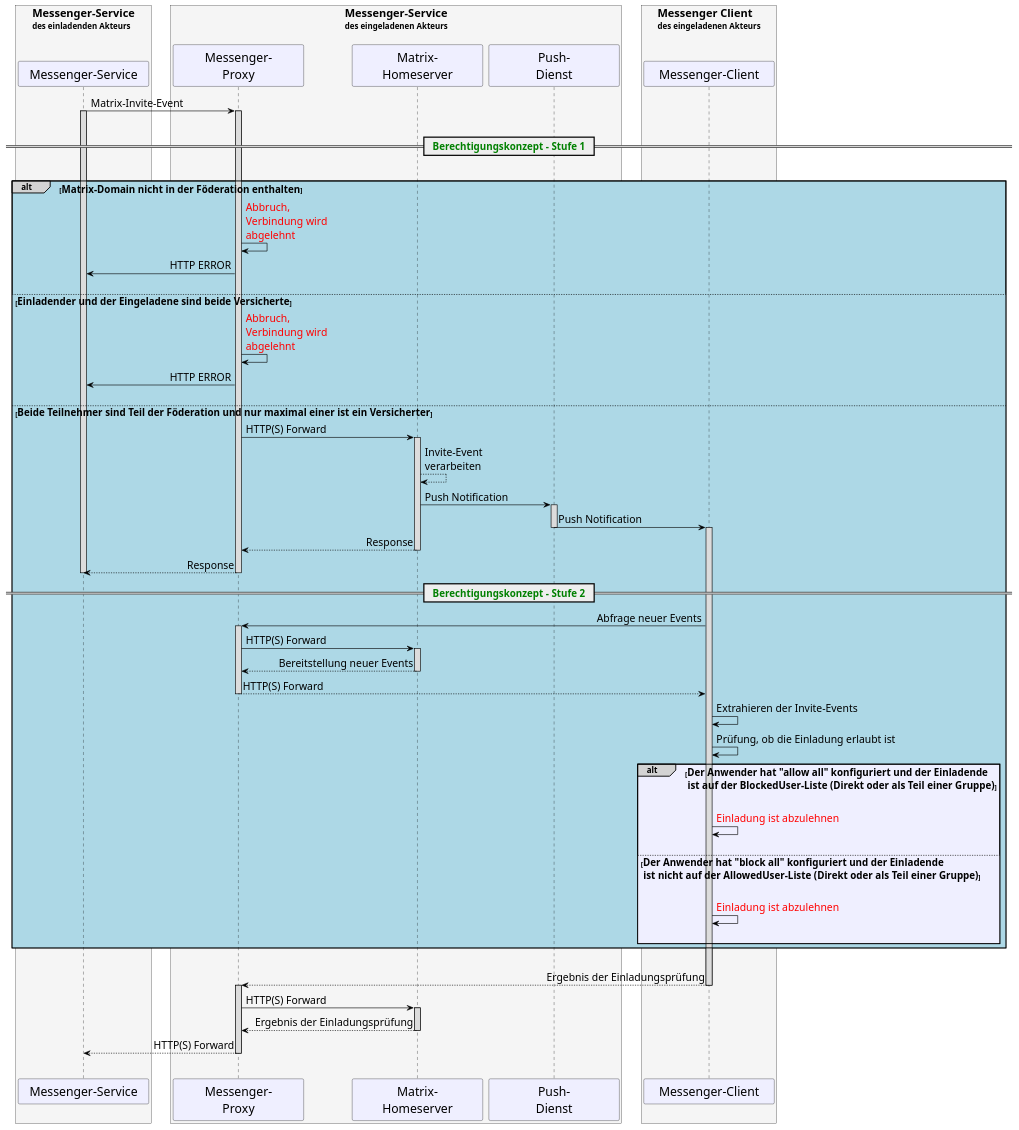
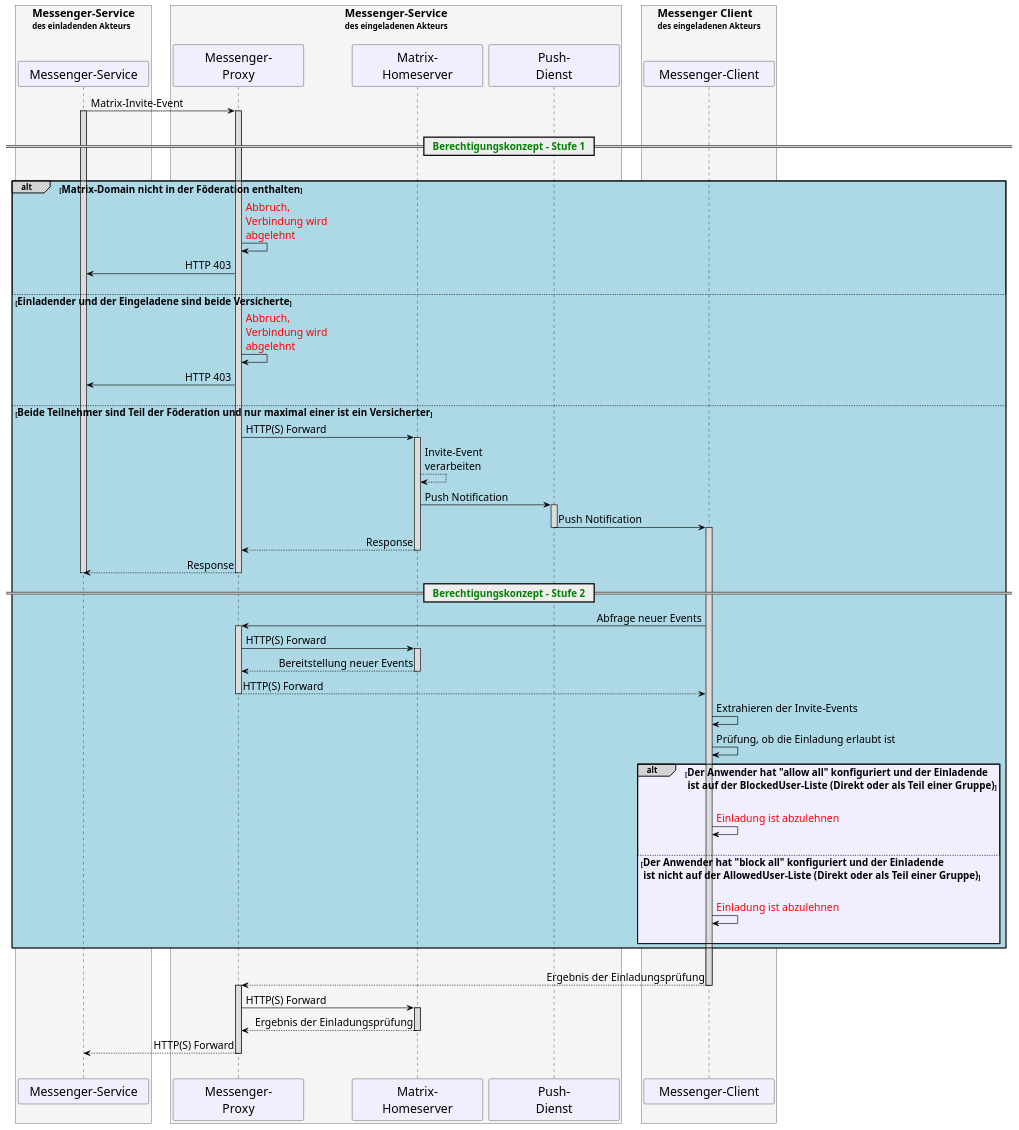
Before and after one commit to gematik/api-ti-messenger: the diagram in src/plantuml/TI-M_ePA/UC_Approvel_List_Seq_fdv.puml, drawn with PlantUML. The commit also changed 1 other file, not shown here.

```diff
--- a/src/plantuml/TI-M_ePA/UC_Approvel_List_Seq_fdv.puml
+++ b/src/plantuml/TI-M_ePA/UC_Approvel_List_Seq_fdv.puml
@@ -8,102 +8,102 @@
 @startuml
 skinparam sequenceMessageAlign direction
 skinparam minClassWidth 200
 skinparam BoxPadding 15
 skinparam sequenceReferenceHeaderBackgroundColor palegreen
 scale max 2048 width
 
 skinparam sequence {
   ArrowColor black
   ArrowFontSize 17
   ActorBorderColor black
   LifeLineBorderColor black
   LifeLineBackgroundColor Gainsboro
 
   ParticipantBorderColor Motivation
   ParticipantBackgroundColor Motivation
   ParticipantFontSize 20
   ParticipantFontColor black
   ParticipantBorderColor Black
   ParticipantBackgroundColor MOTIVATION
 
   ActorBackgroundColor Gainsboro
   ActorFontColor black
   ActorFontSize 20
   ActorFontName Aapex
 }
 box <size:18>Messenger-Service\ndes einladenden Akteurs\n #WhiteSmoke
 participant MS as "Messenger-Service"
 end box
 box <size:18>Messenger-Service\ndes eingeladenen Akteurs\n #WhiteSmoke
 participant MP2 as "Messenger-\nProxy"
 participant MH2 as "Matrix-\nHomeserver"
 participant PG as "Push-\nDienst"
 end box
 box <size:18>Messenger Client\ndes eingeladenen Akteurs\n #WhiteSmoke
 participant MC2 as "Messenger-Client"
 end box
 MS->MP2:Matrix-Invite-Event
 activate MP2
 activate MS
 |||
 == <font color=green><size:16>  Berechtigungskonzept - Stufe 1</size></font>  ==
 |||
 alt#LightGrey #LightBlue <size:16>Matrix-Domain nicht in der Föderation enthalten</size>
   MP2->MP2:<font color=red>Abbruch, \n<font color=red>Verbindung wird \n<font color=red>abgelehnt</font>
-  MP2->MS: HTTP ERROR
+  MP2->MS: HTTP 403
   |||
 
 else  <size:16>Einladender und der Eingeladene sind beide Versicherte</size>
   MP2->MP2:<font color=red>Abbruch, \n<font color=red>Verbindung wird \n<font color=red>abgelehnt</font>
-  MP2->MS: HTTP ERROR
+  MP2->MS: HTTP 403
   |||
 
 else  <size:16>Beide Teilnehmer sind Teil der Föderation und nur maximal einer ist ein Versicherter</size>
   MP2->MH2: HTTP(S) Forward
   activate MH2
   MH2-->MH2: Invite-Event \nverarbeiten
   MH2->PG++: Push Notification
   PG->MC2--: Push Notification
   activate MC2
   MH2-->MP2: Response
   deactivate MH2
   MP2-->MS: Response
   deactivate MP2
   deactivate MS
 
 == <font color=green><size:16>  Berechtigungskonzept - Stufe 2</size></font>  ==
   MC2->MP2: Abfrage neuer Events
   activate MP2
   MP2->MH2: HTTP(S) Forward
   activate MH2
   MH2-->MP2: Bereitstellung neuer Events
   deactivate MH2
   MP2-->MC2: HTTP(S) Forward
   deactivate MP2
 
   MC2->MC2: Extrahieren der Invite-Events
   MC2->MC2: Prüfung, ob die Einladung erlaubt ist
 
   alt#LightGrey #MOTIVATION <size:16>Der Anwender hat "allow all" konfiguriert und der Einladende\n<size:16> ist auf der BlockedUser-Liste (Direkt oder als Teil einer Gruppe)</size>
     |||
     MC2->MC2:<font color=red>Einladung ist abzulehnen</font>
     |||
   else <size:16>Der Anwender hat "block all" konfiguriert und der Einladende\n<size:16> ist nicht auf der AllowedUser-Liste (Direkt oder als Teil einer Gruppe)</size>
     |||
     MC2->MC2:<font color=red>Einladung ist abzulehnen</font>
     |||
   end
 end
 
 |||
 MC2-->MP2: Ergebnis der Einladungsprüfung
 deactivate MC2
 activate MP2
 MP2->MH2: HTTP(S) Forward
 activate MH2
 MH2-->MP2: Ergebnis der Einladungsprüfung
 deactivate MH2
 MP2-->MS: HTTP(S) Forward
 deactivate MP2
 |||
 @enduml
```
